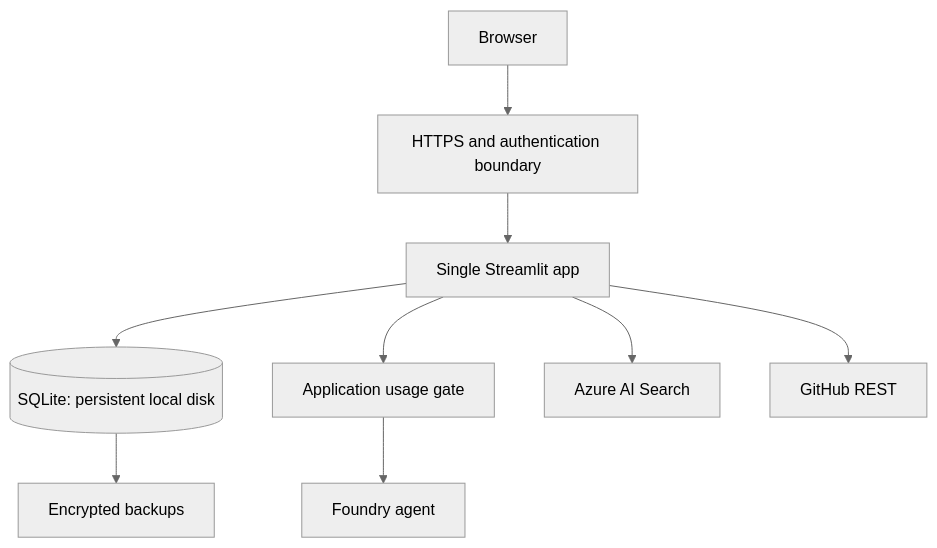
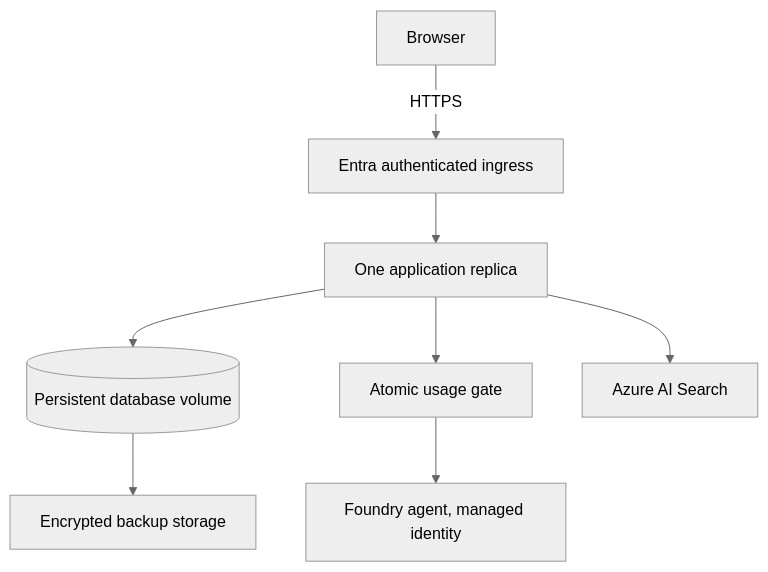
One commit to voltrox007/placement-preparation-agent changed the diagram in docs/deployment.md. Above: the diagram before and after it, drawn with Mermaid (neutral theme). The commit also changed other lines of this file and 37 other files, not shown here.

````diff
--- a/docs/deployment.md
+++ b/docs/deployment.md
@@ -7,11 +27,10 @@
 ```mermaid
 flowchart TB
-  Browser[Browser] --> Auth[HTTPS and authentication boundary]
-  Auth --> App[Single Streamlit app]
-  App --> DB[(SQLite: persistent local disk)]
-  App --> Budget[Application usage gate]
-  Budget --> Agent[Foundry agent]
+  Browser -->|HTTPS| Auth[Entra authenticated ingress]
+  Auth --> App[One application replica]
+  App --> Disk[(Persistent database volume)]
+  App --> Budget[Atomic usage gate]
+  Budget --> Agent[Foundry agent, managed identity]
   App --> Search[Azure AI Search]
-  App --> GitHub[GitHub REST]
-  DB --> Backup[Encrypted backups]
+  Disk --> Backup[Encrypted backup storage]
 ```
````
